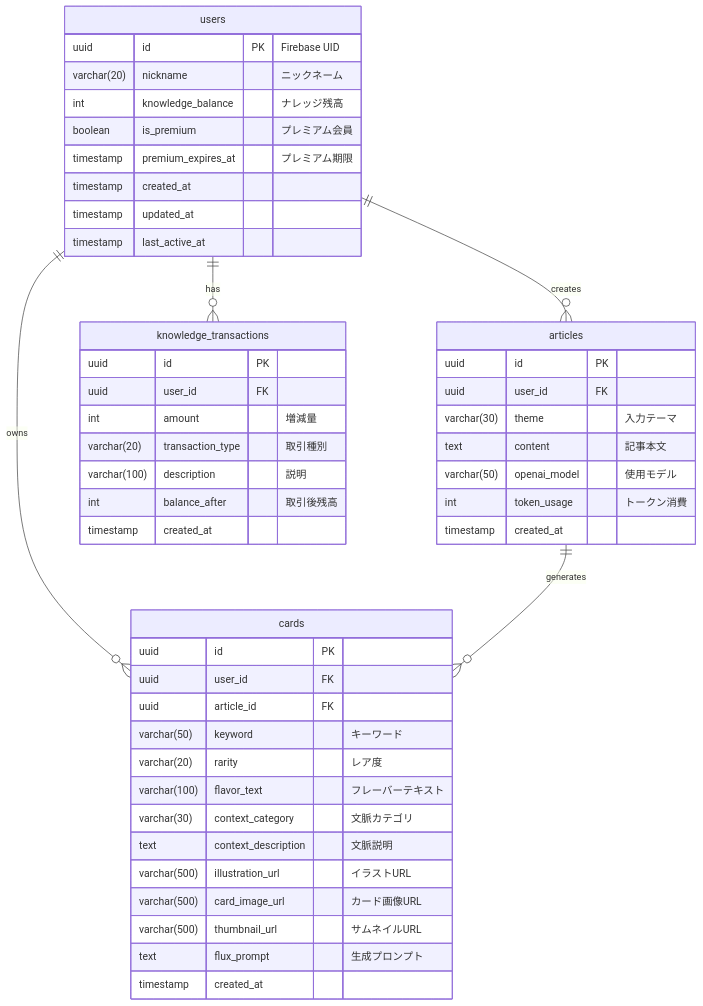
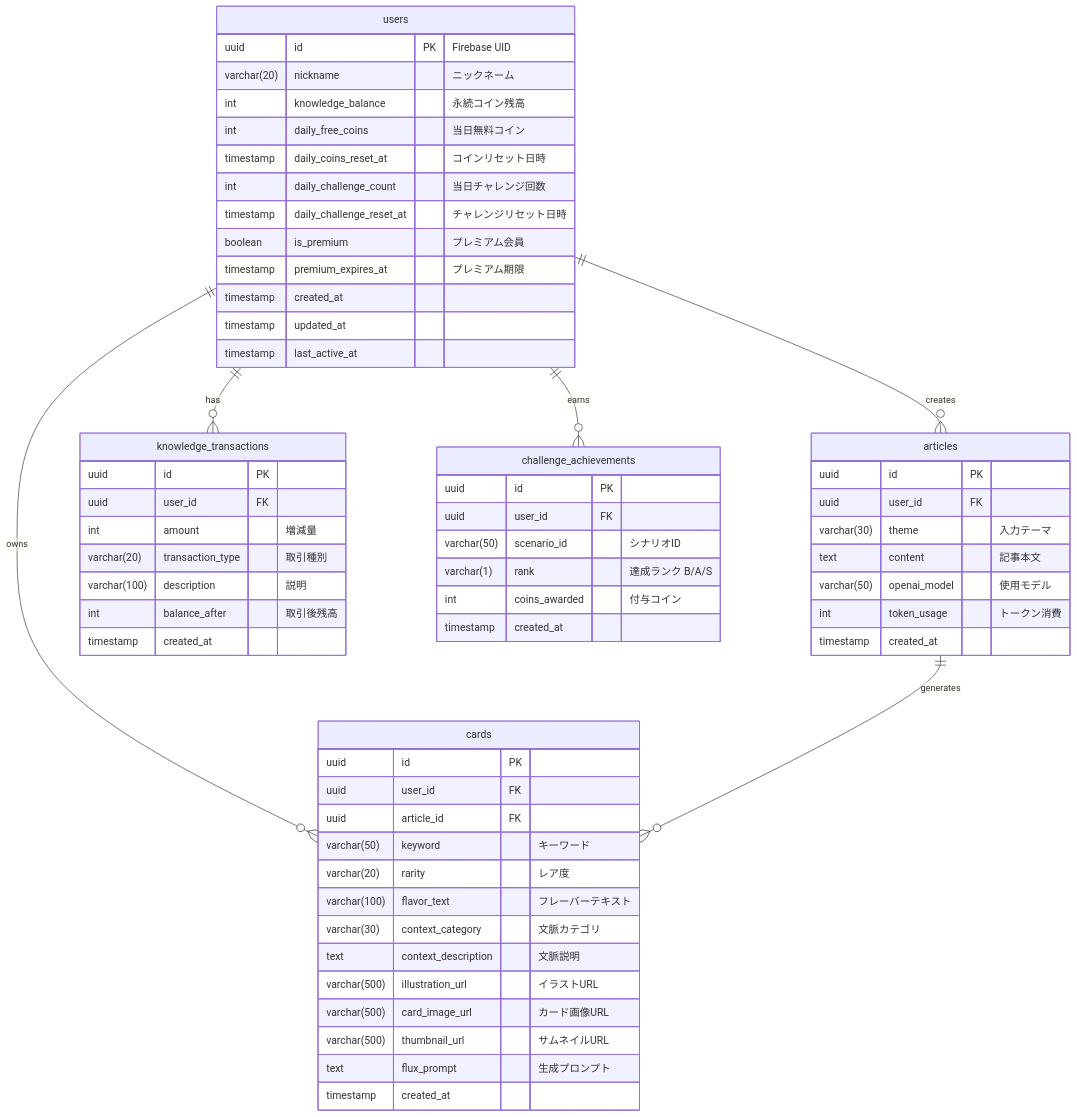
One commit to ToYamane/articard changed the diagram in docs/06_database.md. Above: the diagram before and after it, drawn with Mermaid. The commit also changed other lines of this file and 28 other files, not shown here.

````diff
--- a/docs/06_database.md
+++ b/docs/06_database.md
@@ -11,54 +11,68 @@
 ```mermaid
 erDiagram
     users ||--o{ articles : "creates"
     users ||--o{ cards : "owns"
     articles ||--o{ cards : "generates"
     users ||--o{ knowledge_transactions : "has"
+    users ||--o{ challenge_achievements : "earns"
 
     users {
         uuid id PK "Firebase UID"
         varchar(20) nickname "ニックネーム"
-        int knowledge_balance "ナレッジ残高"
+        int knowledge_balance "永続コイン残高"
+        int daily_free_coins "当日無料コイン"
+        timestamp daily_coins_reset_at "コインリセット日時"
+        int daily_challenge_count "当日チャレンジ回数"
+        timestamp daily_challenge_reset_at "チャレンジリセット日時"
         boolean is_premium "プレミアム会員"
         timestamp premium_expires_at "プレミアム期限"
         timestamp created_at
         timestamp updated_at
         timestamp last_active_at
     }
 
     articles {
         uuid id PK
         uuid user_id FK
         varchar(30) theme "入力テーマ"
         text content "記事本文"
         varchar(50) openai_model "使用モデル"
         int token_usage "トークン消費"
         timestamp created_at
     }
 
     cards {
         uuid id PK
         uuid user_id FK
         uuid article_id FK
         varchar(50) keyword "キーワード"
         varchar(20) rarity "レア度"
         varchar(100) flavor_text "フレーバーテキスト"
         varchar(30) context_category "文脈カテゴリ"
         text context_description "文脈説明"
         varchar(500) illustration_url "イラストURL"
         varchar(500) card_image_url "カード画像URL"
         varchar(500) thumbnail_url "サムネイルURL"
         text flux_prompt "生成プロンプト"
         timestamp created_at
     }
 
     knowledge_transactions {
         uuid id PK
         uuid user_id FK
         int amount "増減量"
         varchar(20) transaction_type "取引種別"
         varchar(100) description "説明"
         int balance_after "取引後残高"
         timestamp created_at
     }
+
+    challenge_achievements {
+        uuid id PK
+        uuid user_id FK
+        varchar(50) scenario_id "シナリオID"
+        varchar(1) rank "達成ランク B/A/S"
+        int coins_awarded "付与コイン"
+        timestamp created_at
+    }
 ```
````
